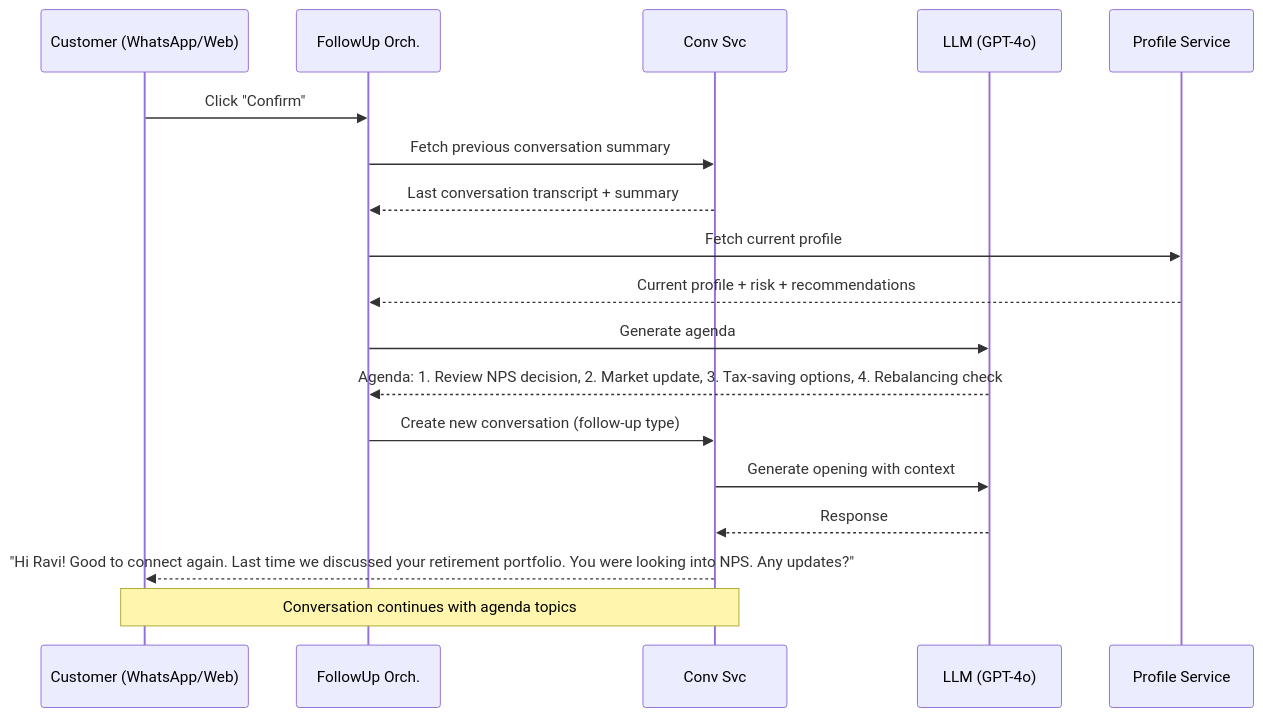
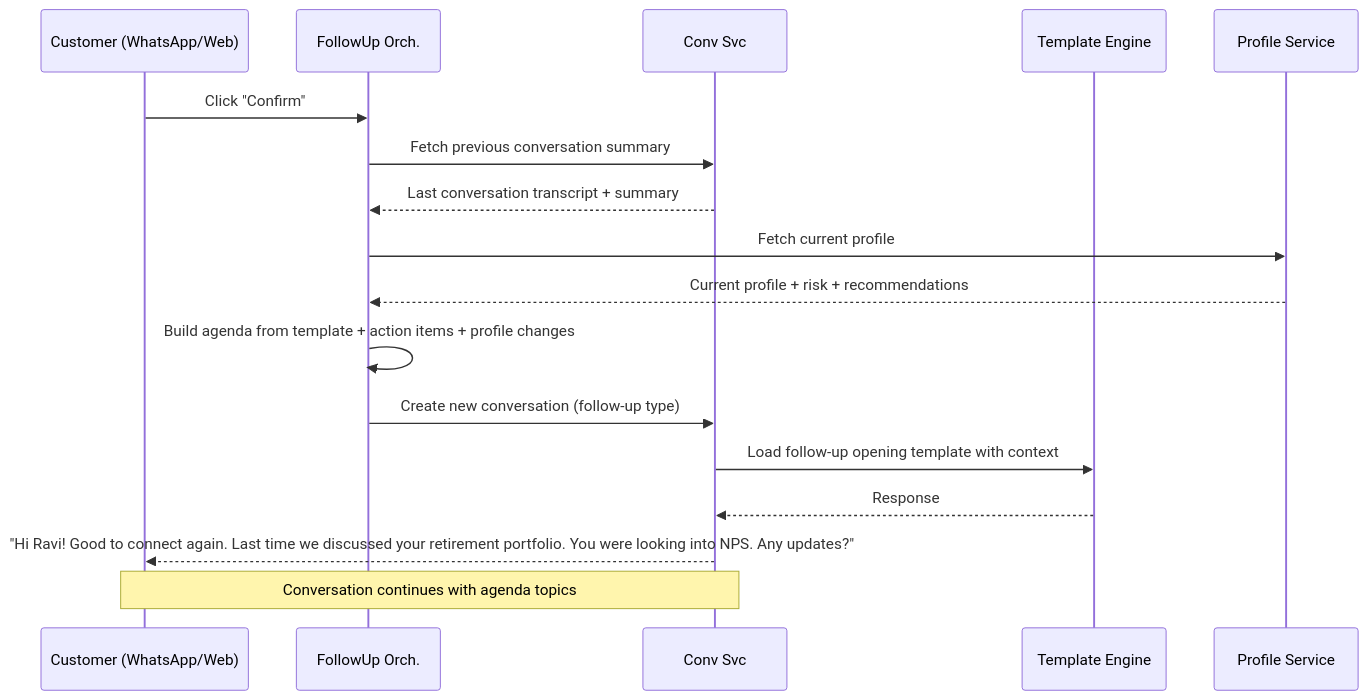
Before and after one commit to Cognition-Partner-Workshops/uc-framework-upgrade-monolith-to-microservices: diagram 11 of 20 in docs/design/05-sequence-diagrams.md, drawn with Mermaid. The commit also changed other lines of this file and 4 other files, not shown here.

````diff
--- a/docs/design/05-sequence-diagrams.md
+++ b/docs/design/05-sequence-diagrams.md
@@ -361,21 +357,20 @@
 ```mermaid
 sequenceDiagram
     participant C as Customer (WhatsApp/Web)
     participant FU as FollowUp Orch.
     participant CS as Conv Svc
-    participant LLM as LLM (GPT-4o)
+    participant TE as Template Engine
     participant PS as Profile Service
 
     C->>FU: Click "Confirm"
     FU->>CS: Fetch previous conversation summary
     CS-->>FU: Last conversation transcript + summary
     FU->>PS: Fetch current profile
     PS-->>FU: Current profile + risk + recommendations
-    FU->>LLM: Generate agenda
-    LLM-->>FU: Agenda: 1. Review NPS decision, 2. Market update, 3. Tax-saving options, 4. Rebalancing check
+    FU->>FU: Build agenda from template + action items + profile changes
     FU->>CS: Create new conversation (follow-up type)
-    CS->>LLM: Generate opening with context
-    LLM-->>CS: Response
+    CS->>TE: Load follow-up opening template with context
+    TE-->>CS: Response
     CS-->>C: "Hi Ravi! Good to connect again. Last time we discussed your retirement portfolio. You were looking into NPS. Any updates?"
     Note over C,CS: Conversation continues with agenda topics
 ```
````
